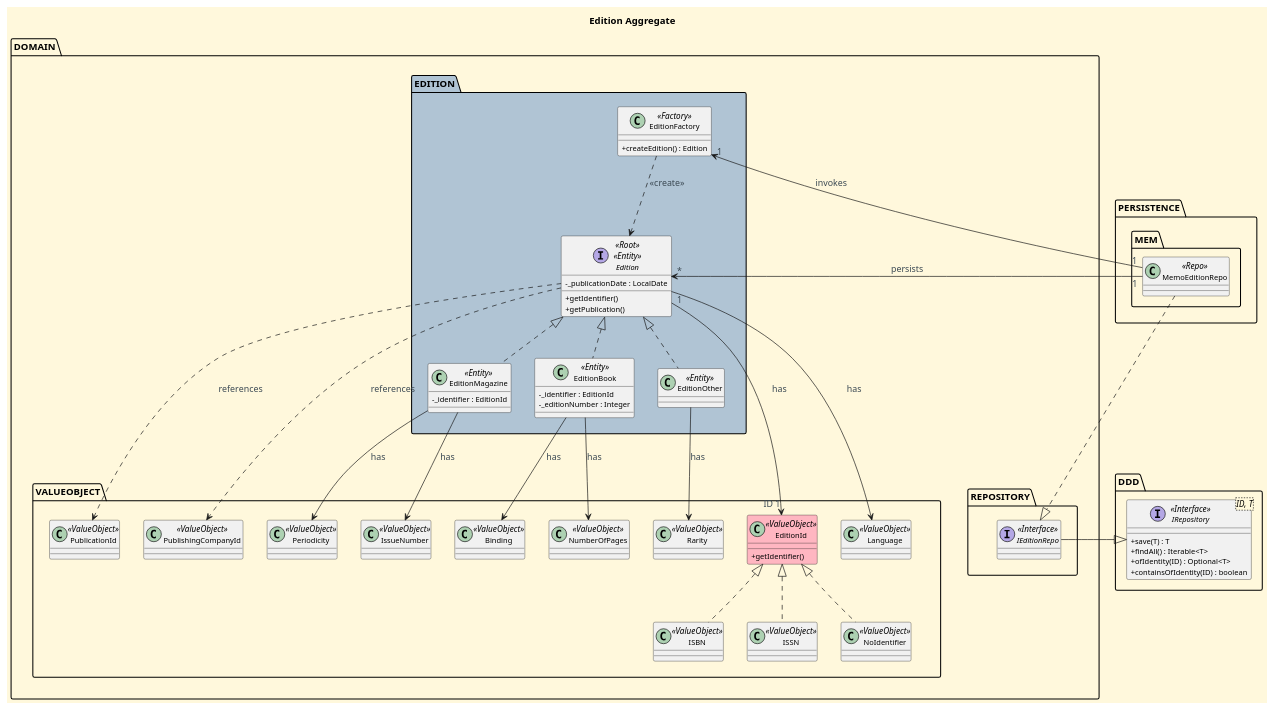
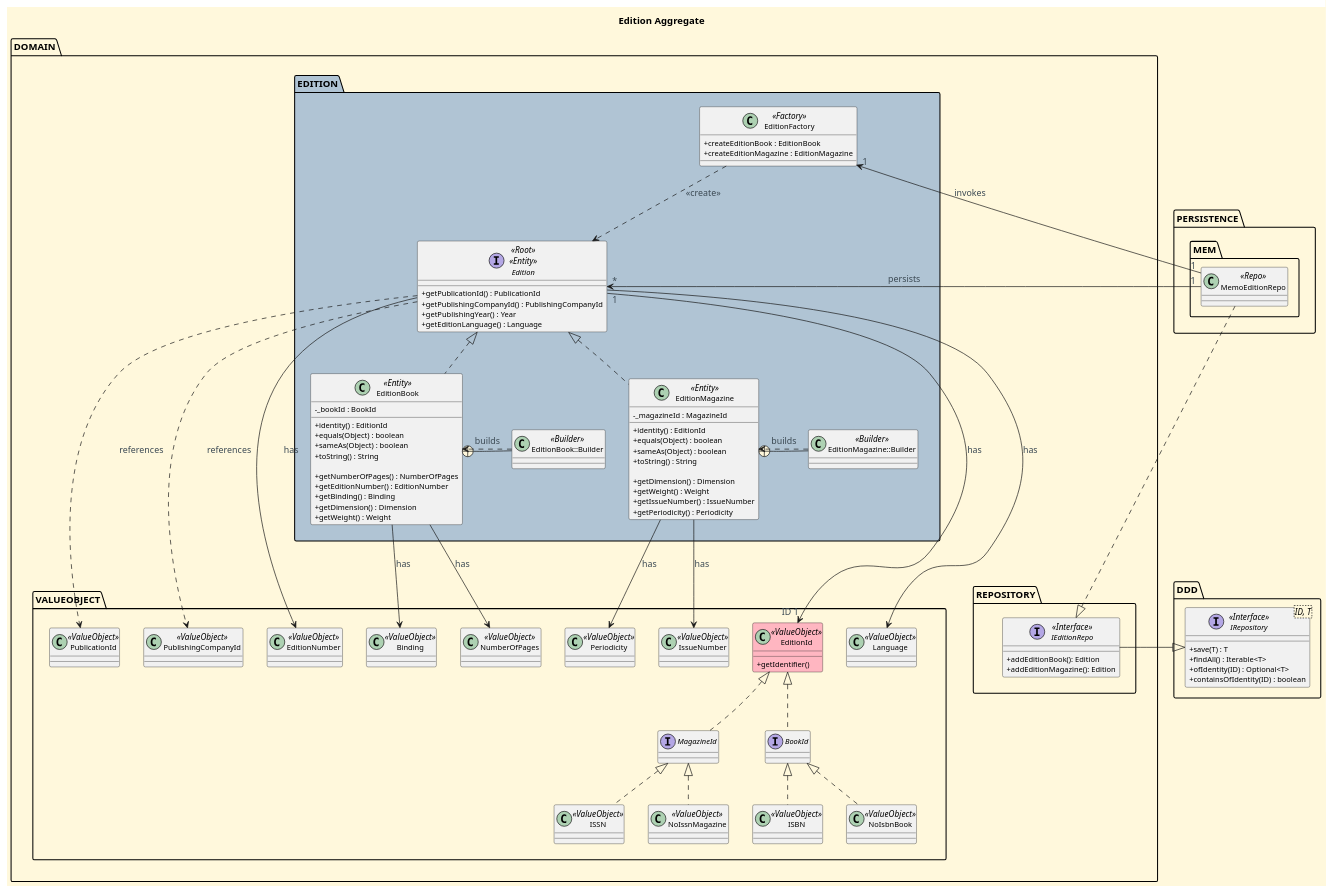
Before and after one commit to CarolinaLeite-collab/JavaMarketplacePlatform: the diagram in docs/aggregates-diagrams/Edition_Aggregate.puml, drawn with PlantUML.

Commit message:
refactor(diagram): refine Edition aggregate with builders (closes #437 #439)

```diff
--- a/docs/aggregates-diagrams/Edition_Aggregate.puml
+++ b/docs/aggregates-diagrams/Edition_Aggregate.puml
@@ -1,120 +1,165 @@
 @startuml
 
 '==== Title ====
 title Edition Aggregate
 top to bottom direction
 
 '==== basic style ====
 skinparam monochrome false
 skinparam shadowing false
 skinparam defaultFontName Futura
 skinparam objectFontSize 20
 skinparam backgroundColor CornSilk
 skinparam objectBackgroundColor WhiteSmoke
 skinparam noteBackgroundColor #FFFFE0
 skinparam ArrowFontColor #3B4953
 skinparam ActivationBackgroundColor black
 skinparam classAttributeIconSize 0
 skinparam classAttributeFontSize 11
 skinparam classAttributeFontStyle plain
 
 ' ===== Domain =====
 Package "DOMAIN" {
 
     Package "EDITION" <<Folder>> #b0c4d4 {
 
         interface Edition <<Root>> <<Entity>> {
-            -_publicationDate : LocalDate
-            +getIdentifier()
-            +getPublication()
+            +getPublicationId() : PublicationId
+            +getPublishingCompanyId() : PublishingCompanyId
+            +getPublishingYear() : Year
+            +getEditionLanguage() : Language
         }
 
         class EditionBook <<Entity>> {
-            -_identifier : EditionId
-            -_editionNumber : Integer
+            -_bookId : BookId
+            +identity() : EditionId
+                +equals(Object) : boolean
+                +sameAs(Object) : boolean
+                +toString() : String
+
+            +getNumberOfPages() : NumberOfPages
+            +getEditionNumber() : EditionNumber
+            +getBinding() : Binding
+            +getDimension() : Dimension
+            +getWeight() : Weight
         }
 
+
         class EditionMagazine <<Entity>> {
-            -_identifier : EditionId
+            -_magazineId : MagazineId
+            +identity() : EditionId
+                +equals(Object) : boolean
+                +sameAs(Object) : boolean
+                +toString() : String
+
+                +getDimension() : Dimension
+                +getWeight() : Weight
+                +getIssueNumber() : IssueNumber
+                +getPeriodicity() : Periodicity
+
         }
 
-        class EditionOther <<Entity>> {
+
+        class EditionFactory <<Factory>> {
+            +createEditionBook : EditionBook
+            +createEditionMagazine : EditionMagazine
         }
 
-        class EditionFactory <<Factory>> {
-            +createEdition() : Edition
-        }
+        class "EditionBook::Builder" as EditionBookBuilder <<Builder>>
+
+        class "EditionMagazine::Builder" as EditionMagazineBuilder <<Builder>>
+
+
+        EditionBook +- EditionBookBuilder
+        EditionBookBuilder ..> EditionBook : builds
+
+        EditionMagazine +- EditionMagazineBuilder
+        EditionMagazineBuilder ..> EditionMagazine : builds
+
+
     }
 
     Package "VALUEOBJECT" <<Folder>> {
 
         class EditionId <<ValueObject>> #LightPink {
             +getIdentifier()
         }
+        interface MagazineId {}
+
+        interface BookId {}
 
         class NumberOfPages <<ValueObject>>
         class Binding <<ValueObject>>
         class IssueNumber <<ValueObject>>
         class Periodicity <<ValueObject>>
-        class Rarity <<ValueObject>>
         class ISBN <<ValueObject>>
         class ISSN <<ValueObject>>
-        class NoIdentifier <<ValueObject>>
+        class NoIsbnBook <<ValueObject>>
+        class NoIssnMagazine <<ValueObject>>
         class Language <<ValueObject>>
         class PublicationId <<ValueObject>>
         class PublishingCompanyId <<ValueObject>>
+        class EditionNumber <<ValueObject>>
     }
 
     Package "REPOSITORY" <<Folder>> {
-        interface IEditionRepo <<Interface>>
+        interface IEditionRepo <<Interface>>{
+        +addEditionBook(): Edition
+        +addEditionMagazine(): Edition
+        }
     }
 
     EDITION -[hidden]right- REPOSITORY
     EDITION -[hidden]down- VALUEOBJECT
     VALUEOBJECT -[hidden]right- REPOSITORY
 
 }
 
 Package "DDD" {
     interface IRepository<ID, T> <<Interface>> {
         +save(T) : T
         +findAll() : Iterable<T>
         +ofIdentity(ID) : Optional<T>
         +containsOfIdentity(ID) : boolean
     }
 }
 
 Package "PERSISTENCE" {
     package "MEM" {
         class MemoEditionRepo <<Repo>>
     }
 }
 
 ' ===== Relations =====
 Edition "1" --> "ID 1" EditionId : has
 Edition <|.. EditionBook
 Edition <|.. EditionMagazine
-Edition <|.. EditionOther
 Edition ..> PublicationId : references
 Edition ..> PublishingCompanyId : references
 Edition --> Language : has
+Edition --> EditionNumber : has
 
 EditionBook --> NumberOfPages : has
 EditionBook --> Binding : has
 EditionMagazine --> IssueNumber : has
 EditionMagazine --> Periodicity : has
-EditionOther --> Rarity : has
 
-EditionId <|.. ISBN
-EditionId <|.. ISSN
-EditionId <|.. NoIdentifier
+EditionId <|.. BookId
+EditionId <|.. MagazineId
+
+BookId <|.. ISBN
+BookId <|.. NoIsbnBook
+
+MagazineId <|.. ISSN
+MagazineId <|.. NoIssnMagazine
+
 
 IEditionRepo -|> IRepository
 MemoEditionRepo ..|> IEditionRepo
 
 EditionFactory ..> Edition : <<create>>
 
 Edition "*" <- "1" MemoEditionRepo : persists
 EditionFactory "1" <-- "1" MemoEditionRepo : invokes
 
 @enduml
```
